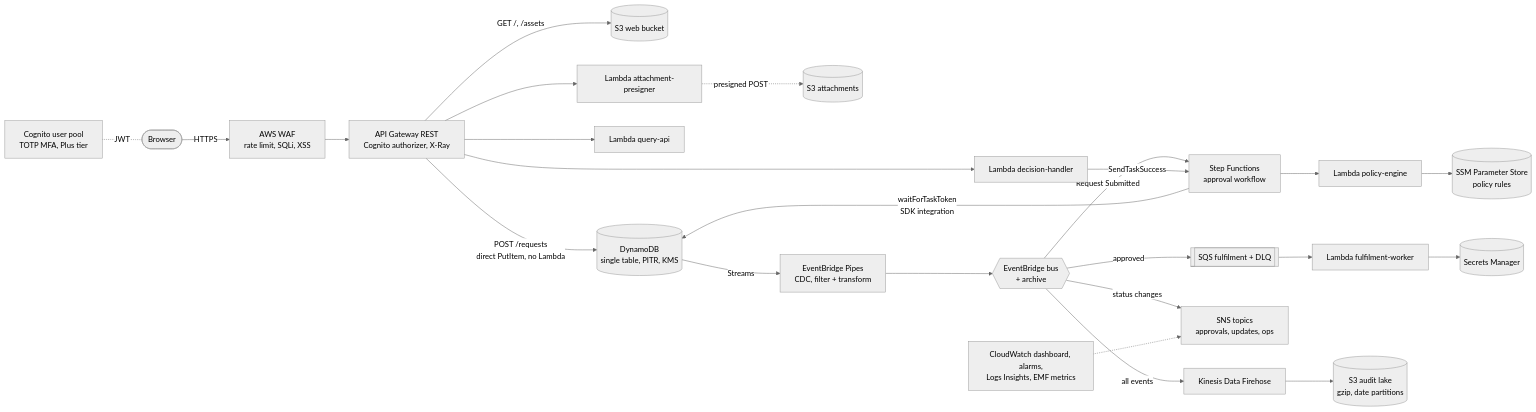
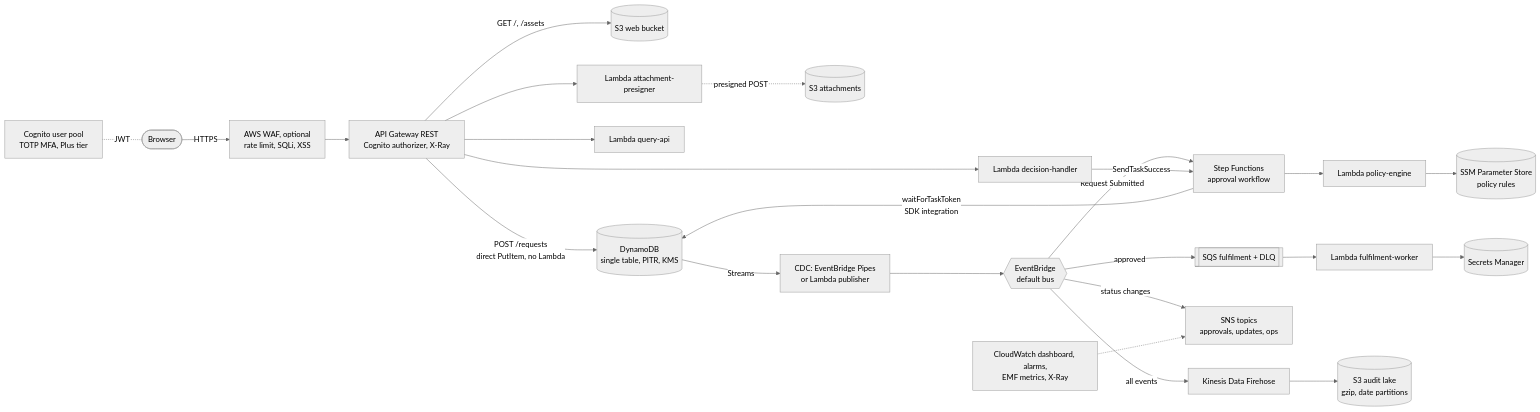
The diagram in README.md (bamboomaster112/aws-request-hub), drawn with Mermaid (neutral theme) before and after one commit. The commit also changed other lines of this file and 2 other files, not shown here.

First line of the commit message:
Verify EventBridge rules after deploy; README records verified playground limits and results

````diff
--- a/README.md
+++ b/README.md
@@ -9,25 +9,25 @@
 ```mermaid
 flowchart LR
-  user([Browser]) -->|HTTPS| waf[AWS WAF<br/>rate limit, SQLi, XSS]
+  user([Browser]) -->|HTTPS| waf[AWS WAF, optional<br/>rate limit, SQLi, XSS]
   waf --> apigw[API Gateway REST<br/>Cognito authorizer, X-Ray]
   cognito[Cognito user pool<br/>TOTP MFA, Plus tier] -. JWT .- user
   apigw -->|GET /, /assets| web[(S3 web bucket)]
   apigw -->|POST /requests<br/>direct PutItem, no Lambda| ddb[(DynamoDB<br/>single table, PITR, KMS)]
   apigw --> q[Lambda query-api]
   apigw --> d[Lambda decision-handler]
   apigw --> p[Lambda attachment-presigner]
   p -. presigned POST .-> att[(S3 attachments)]
-  ddb -->|Streams| pipes[EventBridge Pipes<br/>CDC, filter + transform]
-  pipes --> bus{{EventBridge bus<br/>+ archive}}
+  ddb -->|Streams| pipes[CDC: EventBridge Pipes<br/>or Lambda publisher]
+  pipes --> bus{{EventBridge<br/>default bus}}
   bus -->|Request Submitted| sfn[Step Functions<br/>approval workflow]
   sfn --> pe[Lambda policy-engine]
   pe --> ssm[(SSM Parameter Store<br/>policy rules)]
   sfn -->|waitForTaskToken<br/>SDK integration| ddb
   d -->|SendTaskSuccess| sfn
   bus -->|approved| sqs[[SQS fulfilment + DLQ]]
   sqs --> w[Lambda fulfilment-worker]
   w --> sm[(Secrets Manager)]
   bus -->|status changes| sns[SNS topics<br/>approvals, updates, ops]
   bus -->|all events| fh[Kinesis Data Firehose] --> audit[(S3 audit lake<br/>gzip, date partitions)]
-  cw[CloudWatch dashboard, alarms,<br/>Logs Insights, EMF metrics] -.-> sns
+  cw[CloudWatch dashboard, alarms,<br/>EMF metrics, X-Ray] -.-> sns
 ```
````
